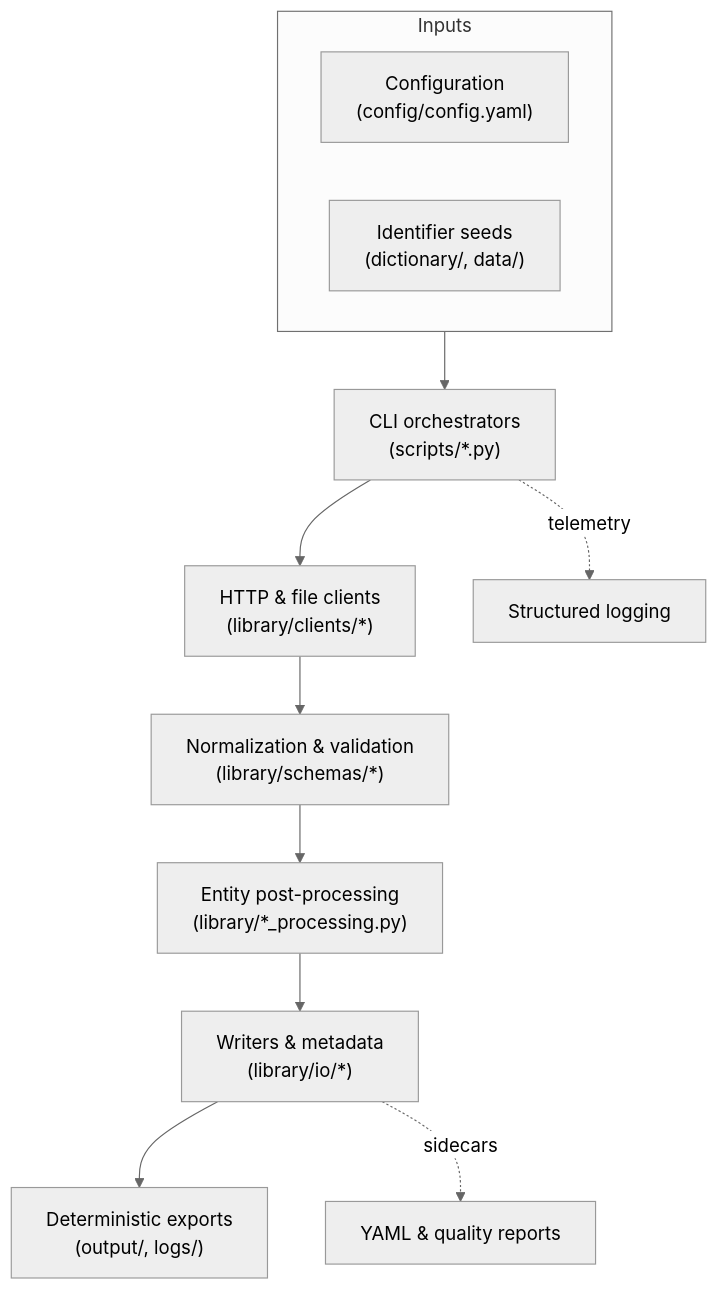
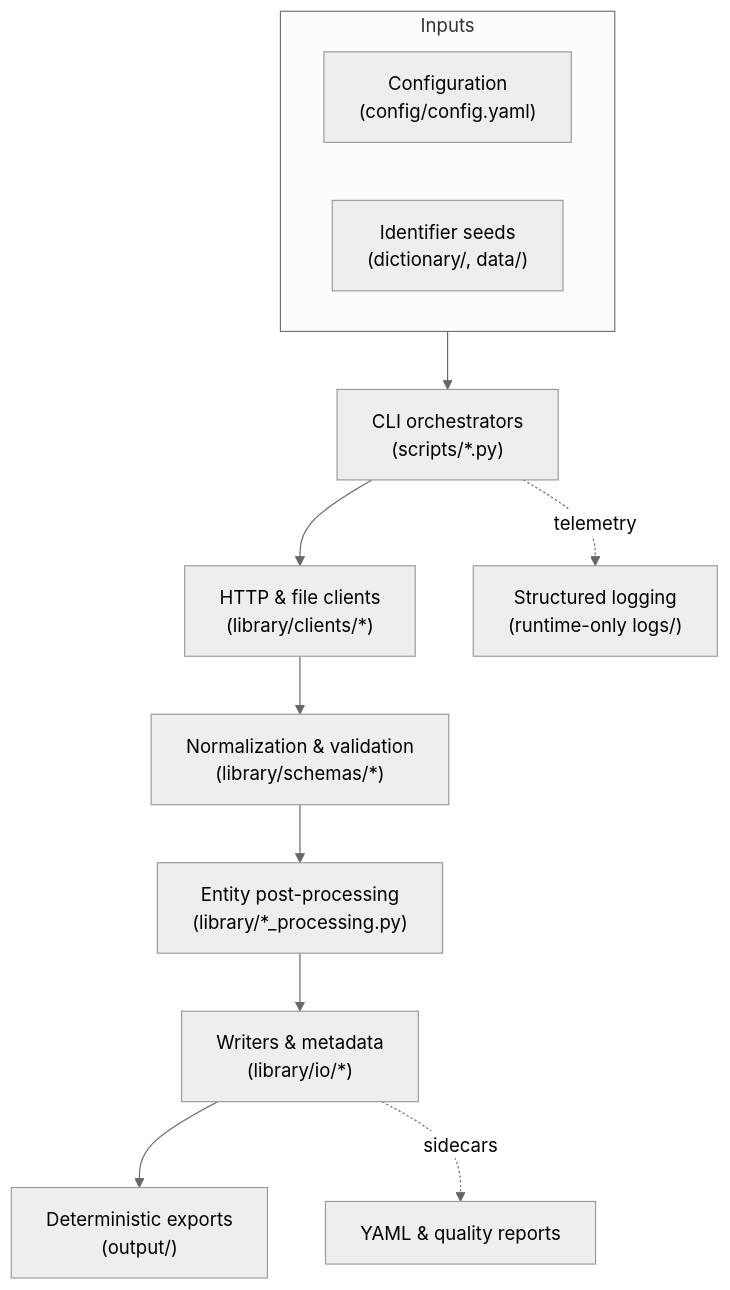
The first of 2 diagrams in docs/architecture/index.md (SatoryKono/ChEMBL_data_acquisition), drawn with Mermaid (neutral theme) before and after one commit. The commit also changed other lines of this file and 4 other files, not shown here.

Commit message:
Clean up tracked logs and document runtime log output

````diff
--- a/docs/architecture/index.md
+++ b/docs/architecture/index.md
@@ -7,23 +7,23 @@
 ```mermaid
 flowchart TD
   subgraph Inputs
     Config["Configuration\n(config/config.yaml)"]
     IdSeeds["Identifier seeds\n(dictionary/, data/)"]
   end
   Orchestrators["CLI orchestrators\n(scripts/*.py)"]
   Clients["HTTP & file clients\n(library/clients/*)"]
   Normalizers["Normalization & validation\n(library/schemas/*)"]
   PostProcessors["Entity post-processing\n(library/*_processing.py)"]
   Exporters["Writers & metadata\n(library/io/*)"]
-  Artefacts["Deterministic exports\n(output/, logs/)"]
+  Artefacts["Deterministic exports\n(output/)"]
 
   Inputs --> Orchestrators
   Orchestrators --> Clients
   Clients --> Normalizers
   Normalizers --> PostProcessors
   PostProcessors --> Exporters
   Exporters --> Artefacts
 
-  Orchestrators -. telemetry .-> Logs["Structured logging"]
+  Orchestrators -. telemetry .-> Logs["Structured logging\n(runtime-only logs/)"]
   Exporters -. sidecars .-> Metadata["YAML & quality reports"]
 ```
````
